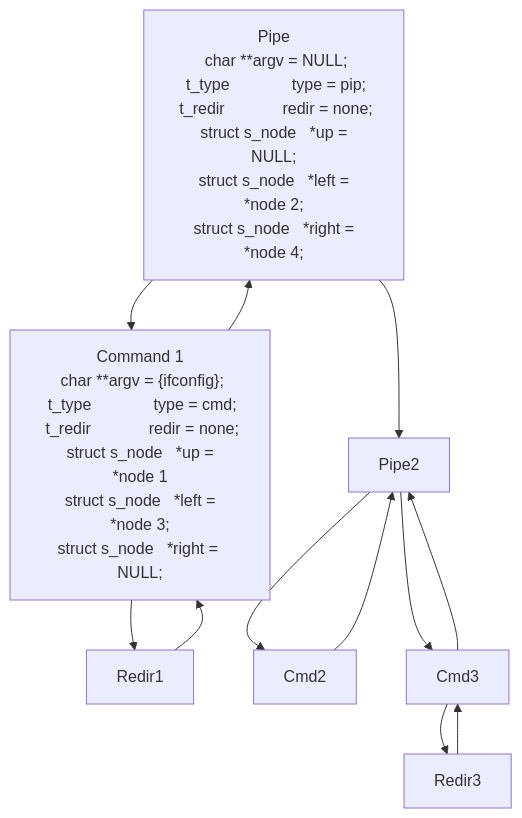
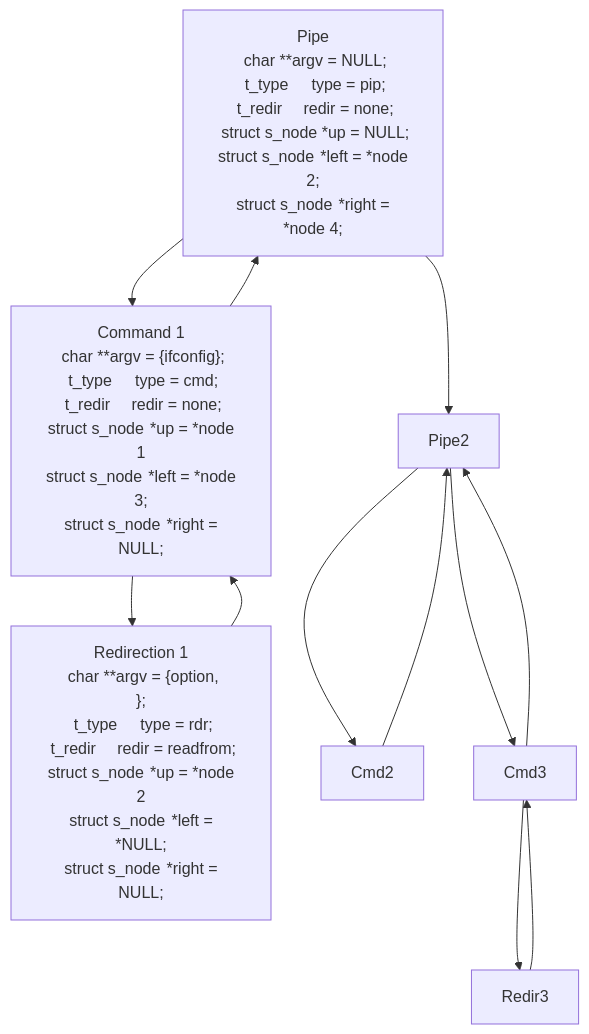
The diagram in README.md (Makasabi/minishell_42), drawn with Mermaid before and after one commit. The commit also changed other lines of this file, not shown here.

````diff
--- a/README.md
+++ b/README.md
@@ -50,28 +50,36 @@
 ```mermaid
 graph TD;
 Pipe1["Pipe
  char **argv = NULL;
- t_type              type = pip;
- t_redir             redir = none;
- struct s_node   *up = NULL;
- struct s_node   *left = *node 2;
- struct s_node   *right = *node 4;"]
+ t_type	type = pip;
+ t_redir	redir = none;
+ struct s_node *up = NULL;
+ struct s_node	*left = *node 2;
+ struct s_node	*right = *node 4;"]
 Cmd1["Command 1
  char **argv = {ifconfig};
- t_type              type = cmd;
- t_redir             redir = none;
- struct s_node   *up = *node 1
- struct s_node   *left = *node 3;
-struct s_node   *right = NULL;"]
+ t_type	type = cmd;
+ t_redir	redir = none;
+ struct s_node	*up = *node 1
+ struct s_node	*left = *node 3;
+ struct s_node	*right = NULL;"]
+Redir1["Redirection 1
+ char **argv = {option,
+};
+ t_type	type = rdr;
+ t_redir	redir = readfrom;
+ struct s_node	*up = *node 2
+ struct s_node	*left = *NULL;
+ struct s_node	*right = NULL;"]
    Pipe1-->Cmd1;
    Cmd1-->Pipe1;
    Cmd1-->Redir1;
    Redir1-->Cmd1;
    Pipe1-->Pipe2;
    Pipe2-->Cmd2;
    Cmd2-->Pipe2;
    Pipe2-->Cmd3;
    Cmd3-->Pipe2;
    Cmd3-->Redir3;
    Redir3-->Cmd3;
 ```
````
